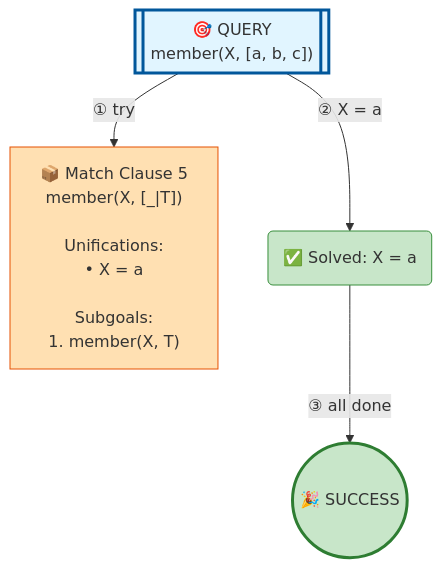
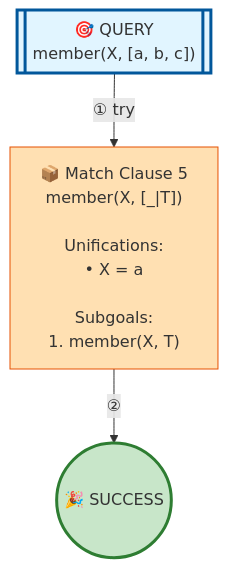
One commit to jarecsni/prolog-trace-viz changed the diagram in examples/member-full.md. Above: the diagram before and after it, drawn with Mermaid. The commit also changed other lines of this file and 24 other files, not shown here.

````diff
--- a/examples/member-full.md
+++ b/examples/member-full.md
@@ -18,20 +18,17 @@
 ```mermaid
 graph TD
 
 %% Nodes
 A[["🎯 QUERY<br/>member(X, [a, b, c])"]]
 B["📦 Match Clause 5<br/>member(X, [_|T])<br/><br/>Unifications:<br/>• X = a<br/><br/>Subgoals:<br/>1. member(X, T)"]
-C("✅ Solved: X = a")
-D(("🎉 SUCCESS"))
+C(("🎉 SUCCESS"))
 
 %% Edges
 A -->|"① try"| B
-A -->|"② X = a"| C
-C -->|"③ all done"| D
+B -->|"②"| C
 
 %% Styles
 style A fill:#e1f5ff,stroke:#01579b,stroke-width:3px
 style B fill:#ffe0b2,stroke:#e65100
-style C fill:#c8e6c9,stroke:#388e3c
-style D fill:#c8e6c9,stroke:#2e7d32,stroke-width:3px
+style C fill:#c8e6c9,stroke:#2e7d32,stroke-width:3px
 ```
````
